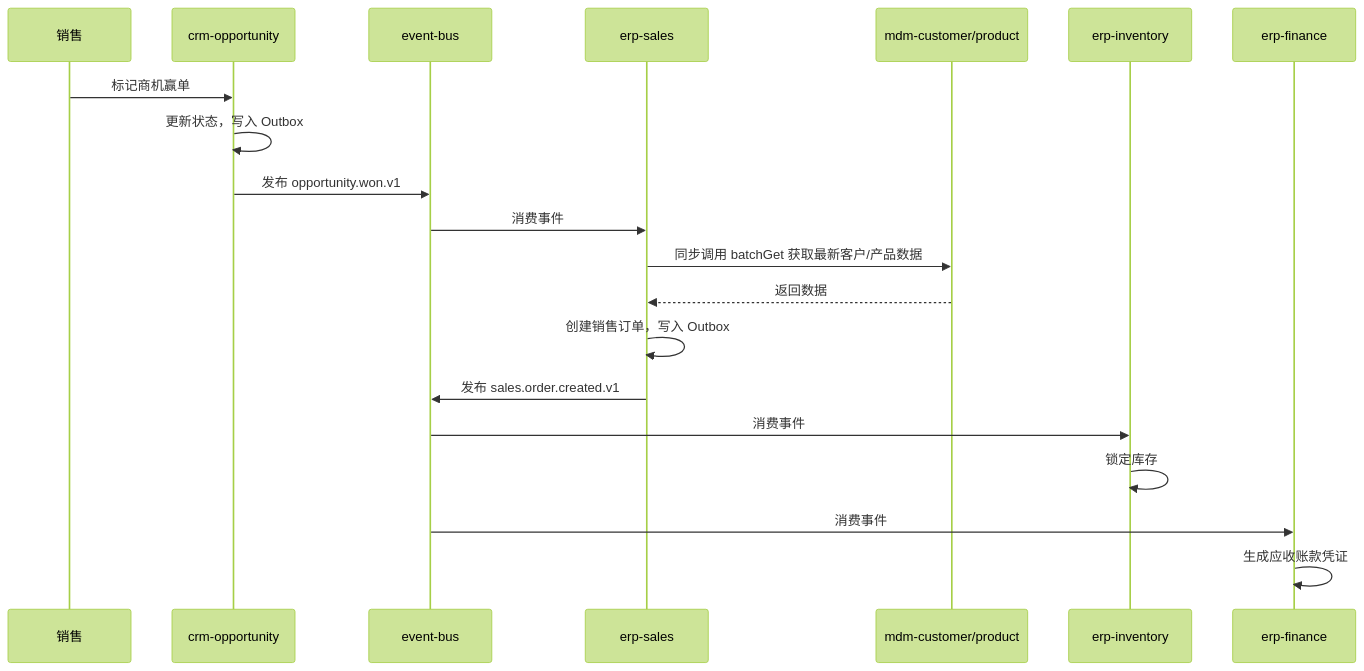
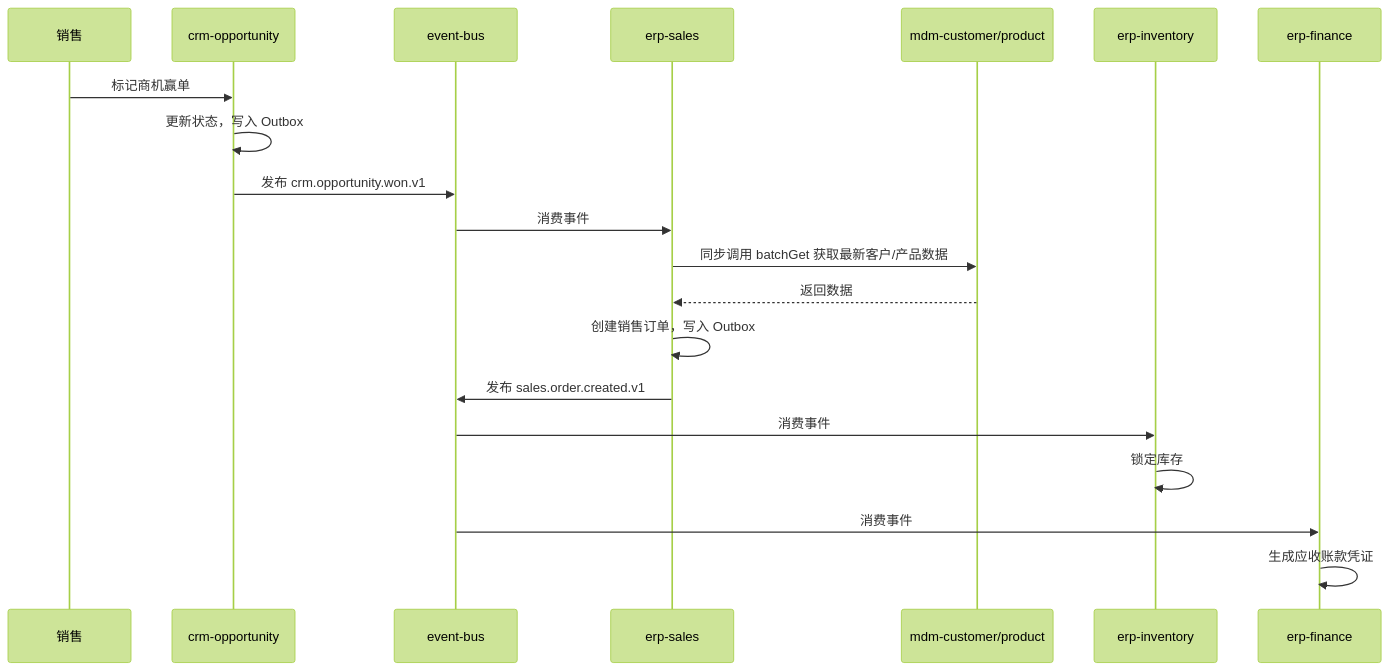
The eighth of 9 diagrams in BrickEnterprise 设计书.md (brickKit/be-assembly-standard), drawn with Mermaid (forest theme) before and after one commit. The commit also changed other lines of this file and 1 other file, not shown here.

````diff
--- a/BrickEnterprise 设计书.md
+++ b/BrickEnterprise 设计书.md
@@ -2393,22 +2470,22 @@
 ```mermaid
 sequenceDiagram
     participant User as 销售
     participant CRM as crm-opportunity
     participant BUS as event-bus
     participant SALES as erp-sales
     participant MDM as mdm-customer/product
     participant INV as erp-inventory
     participant FIN as erp-finance
     User->>CRM: 标记商机赢单
     CRM->>CRM: 更新状态，写入 Outbox
-    CRM->>BUS: 发布 opportunity.won.v1
+    CRM->>BUS: 发布 crm.opportunity.won.v1
     BUS->>SALES: 消费事件
     SALES->>MDM: 同步调用 batchGet 获取最新客户/产品数据
     MDM-->>SALES: 返回数据
     SALES->>SALES: 创建销售订单，写入 Outbox
     SALES->>BUS: 发布 sales.order.created.v1
     BUS->>INV: 消费事件
     INV->>INV: 锁定库存
     BUS->>FIN: 消费事件
     FIN->>FIN: 生成应收账款凭证
 ```
````
